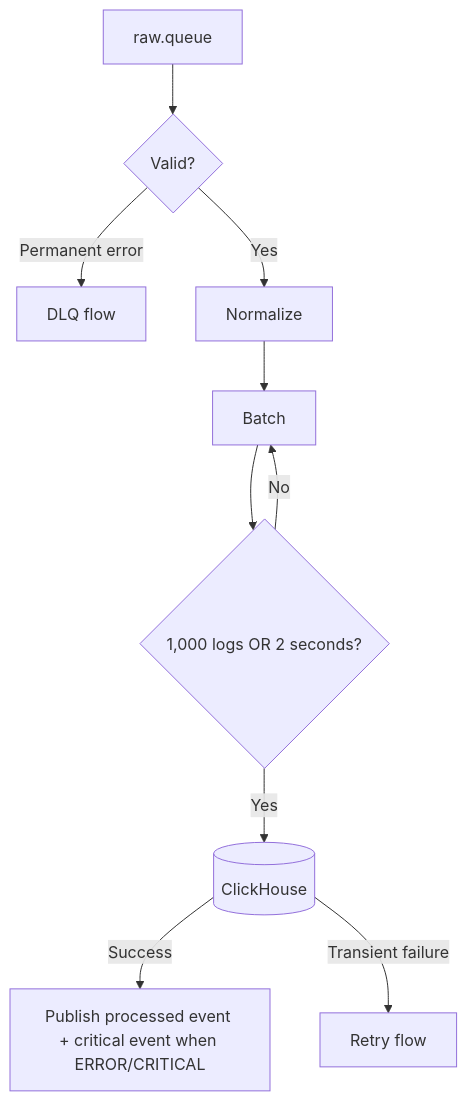
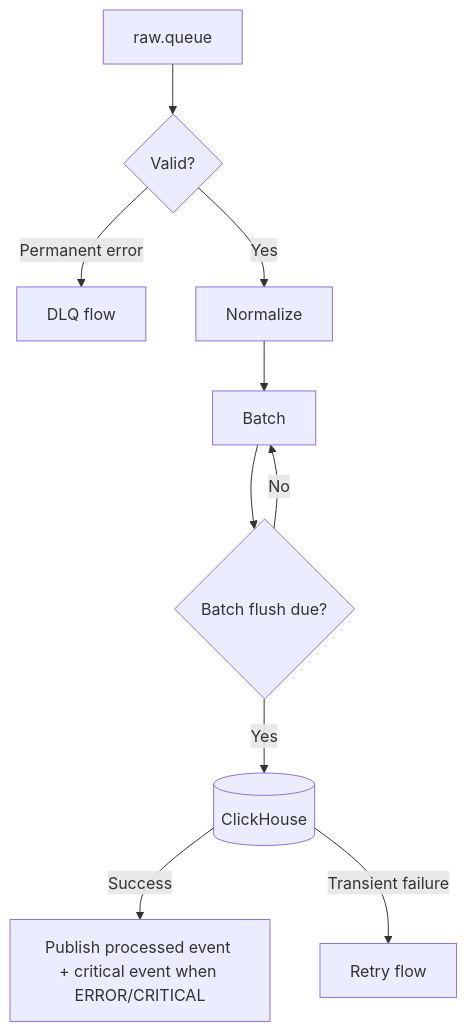
The third of 7 diagrams in docs/architecture/data-flow.md (NgnTienDat/vanioak), drawn with Mermaid before and after one commit. The commit also changed other lines of this file and 71 other files, not shown here.

Commit message:
add(docs): finalize architecture and agent guidance

````diff
--- a/docs/architecture/data-flow.md
+++ b/docs/architecture/data-flow.md
@@ -59,12 +59,12 @@
 ```mermaid
 flowchart TD
     Q["raw.queue"] --> V{"Valid?"}
     V -->|"Permanent error"| DLQ["DLQ flow"]
     V -->|"Yes"| N["Normalize"]
     N --> B["Batch"]
-    B --> F{"1,000 logs OR 2 seconds?"}
+    B --> F{"Batch flush due?"}
     F -->|"No"| B
     F -->|"Yes"| CH[("ClickHouse")]
     CH -->|"Success"| PUB["Publish processed event + critical event when ERROR/CRITICAL"]
     CH -->|"Transient failure"| RETRY["Retry flow"]
 ```
````
